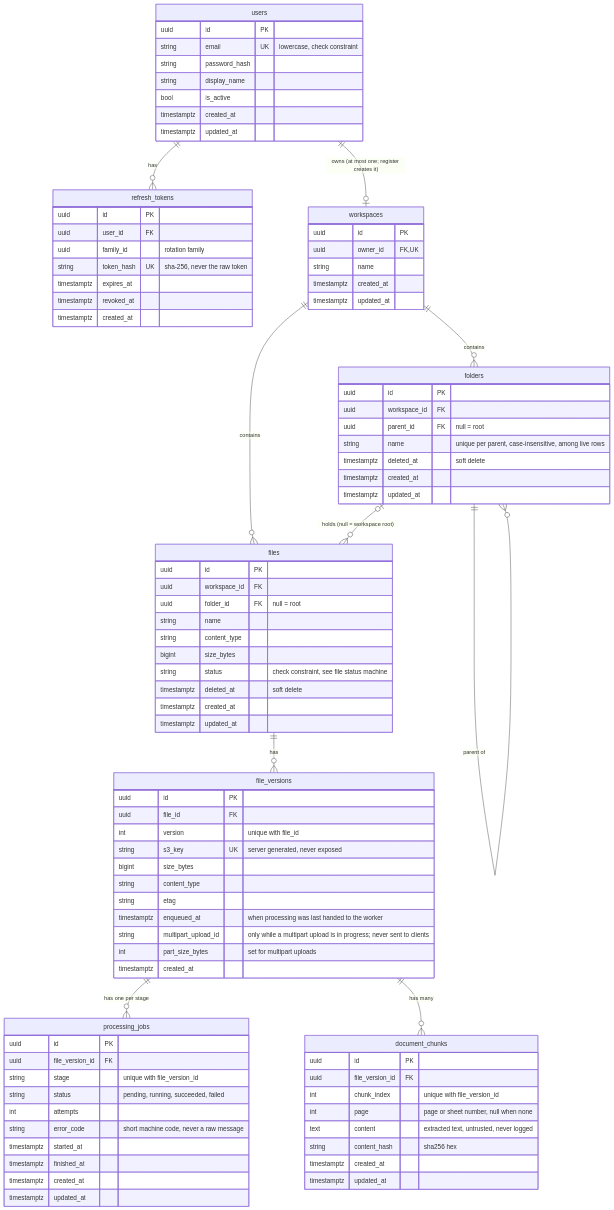
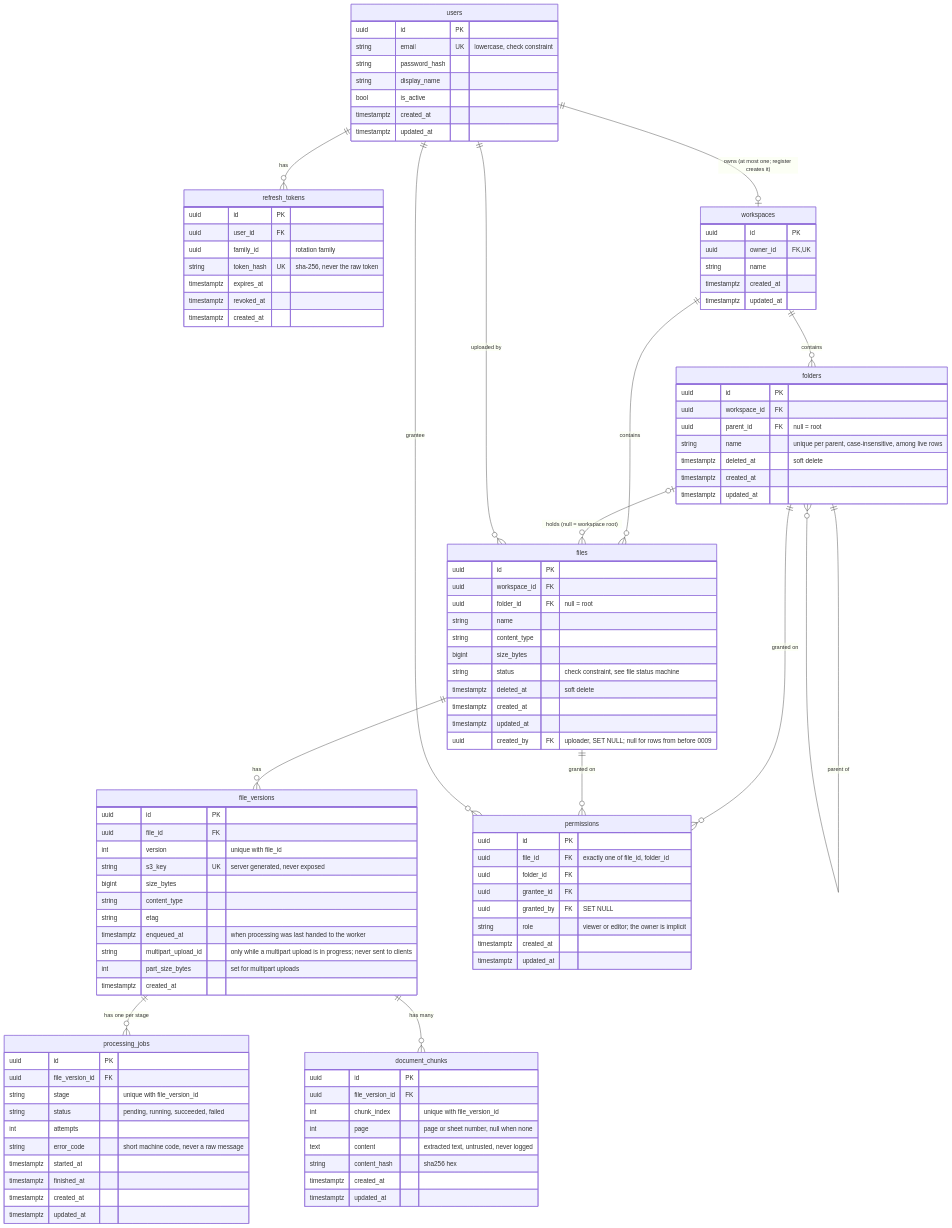
Before and after one commit to manan-77/clouddrop: the diagram in docs/er-diagram.md, drawn with Mermaid. The commit also changed 26 other files, not shown here.

```diff
--- a/docs/er-diagram.md
+++ b/docs/er-diagram.md
@@ -13,6 +13,10 @@
     files ||--o{ file_versions : "has"
     file_versions ||--o{ processing_jobs : "has one per stage"
     file_versions ||--o{ document_chunks : "has many"
+    folders ||--o{ permissions : "granted on"
+    files ||--o{ permissions : "granted on"
+    users ||--o{ permissions : "grantee"
+    users ||--o{ files : "uploaded by"
 
     users {
         uuid id PK
@@ -59,6 +63,7 @@
         timestamptz deleted_at "soft delete"
         timestamptz created_at
         timestamptz updated_at
+            uuid created_by FK "uploader, SET NULL; null for rows from before 0009"
     }
     file_versions {
         uuid id PK
@@ -85,6 +90,16 @@
         timestamptz created_at
         timestamptz updated_at
     }
+    permissions {
+        uuid id PK
+        uuid file_id FK "exactly one of file_id, folder_id"
+        uuid folder_id FK
+        uuid grantee_id FK
+        uuid granted_by FK "SET NULL"
+        string role "viewer or editor; the owner is implicit"
+        timestamptz created_at
+        timestamptz updated_at
+    }
     document_chunks {
         uuid id PK
         uuid file_version_id FK
```
